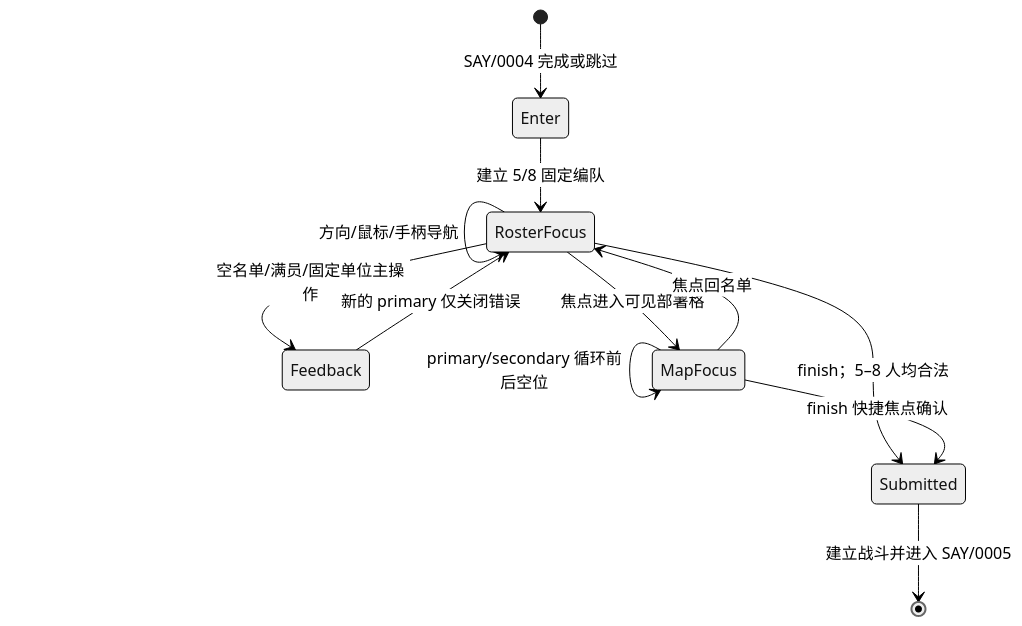
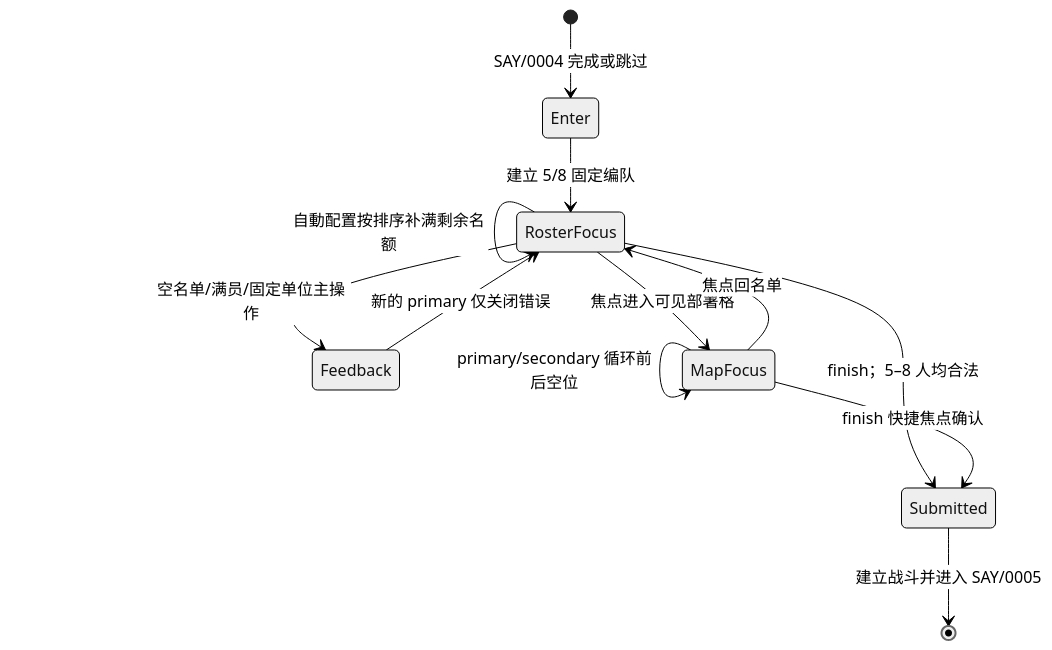
Before and after one commit to WispSnow/angel2-web-remake: the diagram in design/remake-gdd/ui/stage-01-ui-flow.md, drawn with Mermaid (neutral theme). The commit also changed other lines of this file and 17 other files, not shown here.

````diff
--- a/design/remake-gdd/ui/stage-01-ui-flow.md
+++ b/design/remake-gdd/ui/stage-01-ui-flow.md
@@ -50,14 +50,15 @@
 ```mermaid
 stateDiagram-v2
   [*] --> Enter: SAY/0004 完成或跳过
   Enter --> RosterFocus: 建立 5/8 固定编队
   RosterFocus --> RosterFocus: 方向/鼠标/手柄导航
   RosterFocus --> MapFocus: 焦点进入可见部署格
   MapFocus --> MapFocus: primary/secondary 循环前后空位
   MapFocus --> RosterFocus: 焦点回名单
+  RosterFocus --> RosterFocus: 自動配置按排序补满剩余名额
   RosterFocus --> Feedback: 空名单/满员/固定单位主操作
   Feedback --> RosterFocus: 新的 primary 仅关闭错误
   RosterFocus --> Submitted: finish；5–8 人均合法
   MapFocus --> Submitted: finish 快捷焦点确认
   Submitted --> [*]: 建立战斗并进入 SAY/0005
 ```
````
